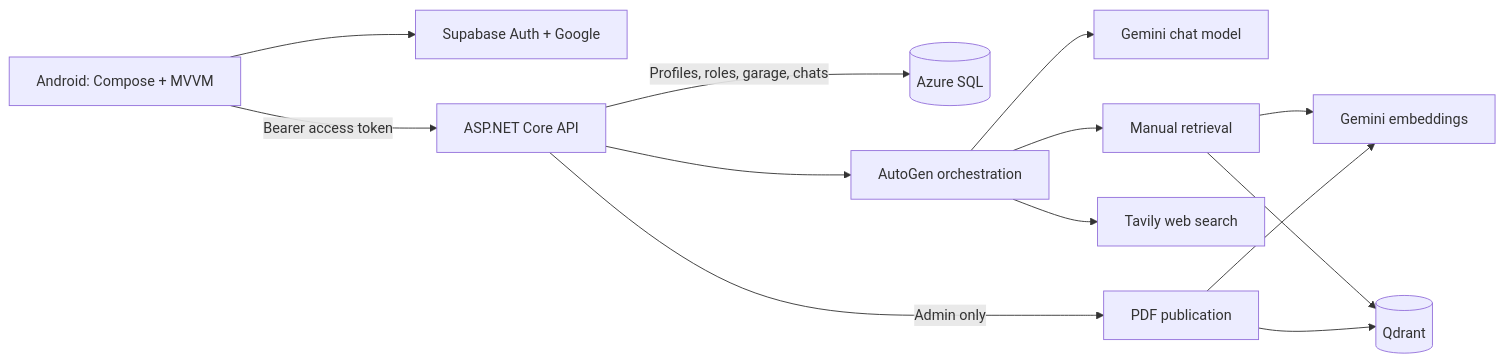
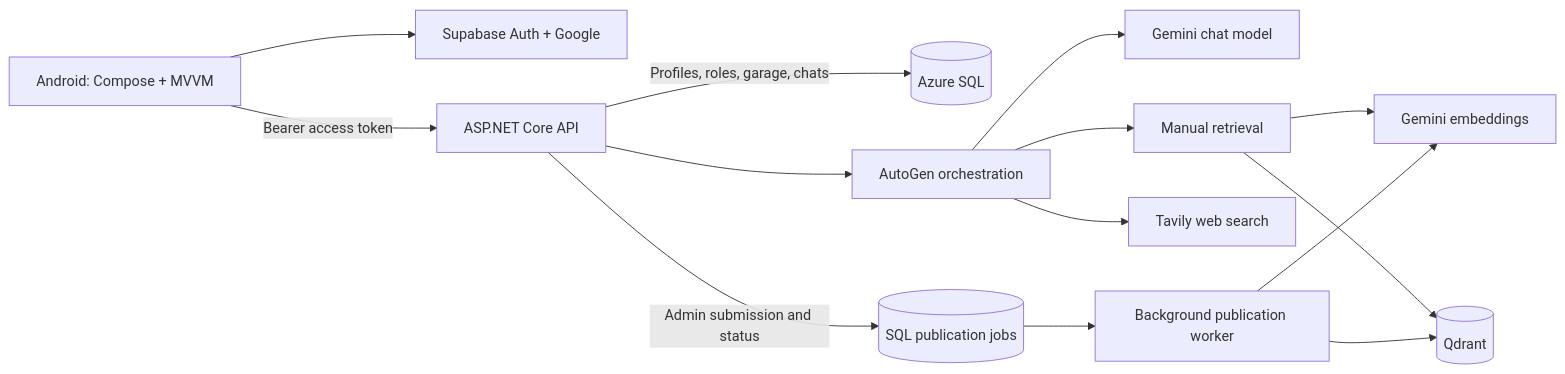
Before and after one commit to GeeTansher/Ride-Fix-Bro: the diagram in README.md, drawn with Mermaid. The commit also changed other lines of this file and 53 other files, not shown here.

````diff
--- a/README.md
+++ b/README.md
@@ -151,15 +157,16 @@
 ```mermaid
 flowchart LR
     UI["Android: Compose + MVVM"] --> AUTH["Supabase Auth + Google"]
     UI -->|"Bearer access token"| API["ASP.NET Core API"]
     API -->|"Profiles, roles, garage, chats"| SQL[("Azure SQL")]
     API --> AGENT["AutoGen orchestration"]
     AGENT --> CHAT["Gemini chat model"]
     AGENT --> MANUAL["Manual retrieval"]
     AGENT --> WEB["Tavily web search"]
     MANUAL --> EMBED["Gemini embeddings"]
     MANUAL --> QDRANT[("Qdrant")]
-    API -->|"Admin only"| UPLOAD["PDF publication"]
+    API -->|"Admin submission and status"| JOBS[("SQL publication jobs")]
+    JOBS --> UPLOAD["Background publication worker"]
     UPLOAD --> EMBED
     UPLOAD --> QDRANT
 ```
````
